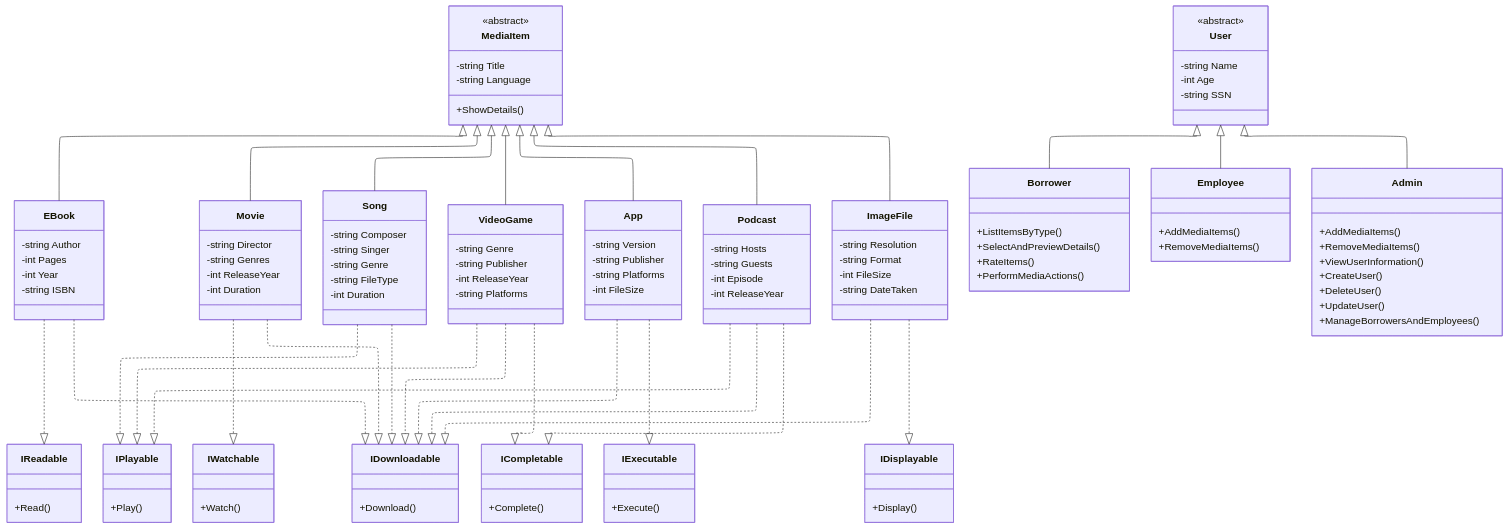
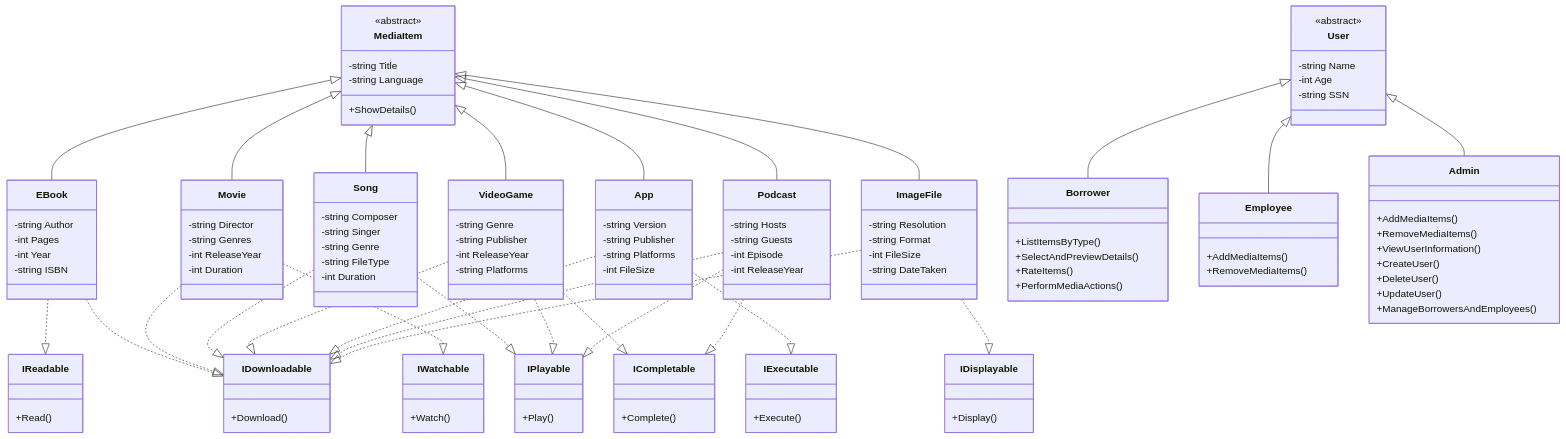
Before and after one commit to vladgarbuz/oop-workshop: the diagram in README.md, drawn with Mermaid.

Commit message:
Remove unused Mermaid config block from README
Deleted an unnecessary Mermaid config section from the README to improve clarity and reduce clutter.

````diff
--- a/README.md
+++ b/README.md
@@ -55,8 +55,4 @@
 ```mermaid
----
-config:
-  layout: elk
----
 classDiagram
 class IReadable {
     +Read()
````
